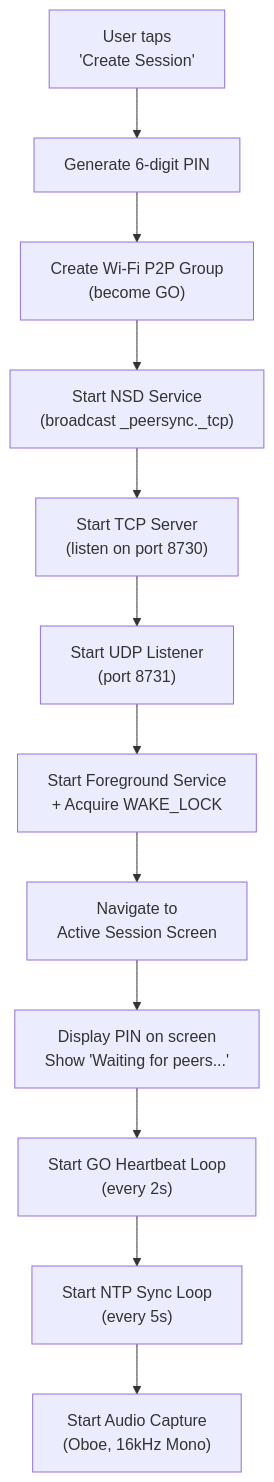
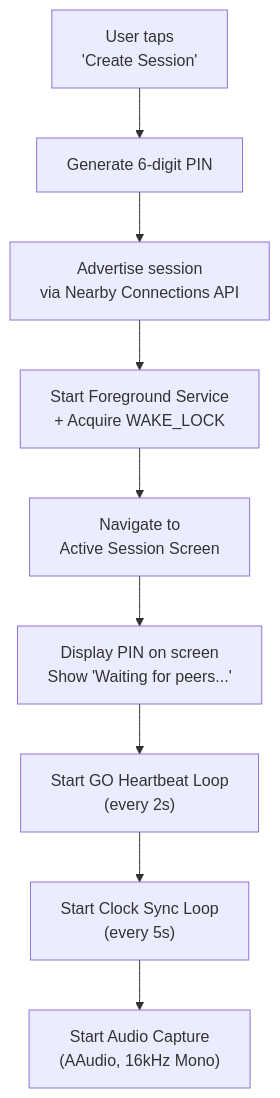
Before and after one commit to WINDY-WINDWARD/PeerSync: the second of 16 diagrams in docs/ImplementationGuidelines.md, drawn with Mermaid. The commit also changed other lines of this file and 19 other files, not shown here.

Commit message:
feat: implement pure Wi-Fi Direct socket architecture, auto-discovery, and QR code fast-join

````diff
--- a/docs/ImplementationGuidelines.md
+++ b/docs/ImplementationGuidelines.md
@@ -303,14 +310,11 @@
 ```mermaid
 flowchart TD
     A["User taps\n'Create Session'"] --> B["Generate 6-digit PIN"]
-    B --> C["Create Wi-Fi P2P Group\n(become GO)"]
-    C --> D["Start NSD Service\n(broadcast _peersync._tcp)"]
-    D --> E["Start TCP Server\n(listen on port 8730)"]
-    E --> F["Start UDP Listener\n(port 8731)"]
-    F --> G["Start Foreground Service\n+ Acquire WAKE_LOCK"]
-    G --> H["Navigate to\nActive Session Screen"]
-    H --> I["Display PIN on screen\nShow 'Waiting for peers...'"]
-    I --> J["Start GO Heartbeat Loop\n(every 2s)"]
-    J --> K["Start NTP Sync Loop\n(every 5s)"]
-    K --> L["Start Audio Capture\n(Oboe, 16kHz Mono)"]
+    B --> C["Advertise session\nvia Nearby Connections API"]
+    C --> D["Start Foreground Service\n+ Acquire WAKE_LOCK"]
+    D --> E["Navigate to\nActive Session Screen"]
+    E --> F["Display PIN on screen\nShow 'Waiting for peers...'"]
+    F --> G["Start GO Heartbeat Loop\n(every 2s)"]
+    G --> H["Start Clock Sync Loop\n(every 5s)"]
+    H --> I["Start Audio Capture\n(AAudio, 16kHz Mono)"]
 ```
````
